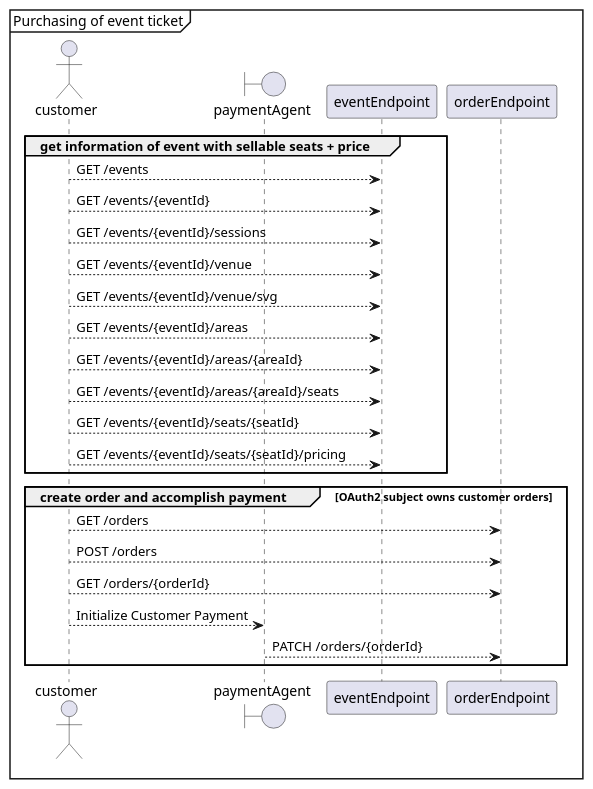
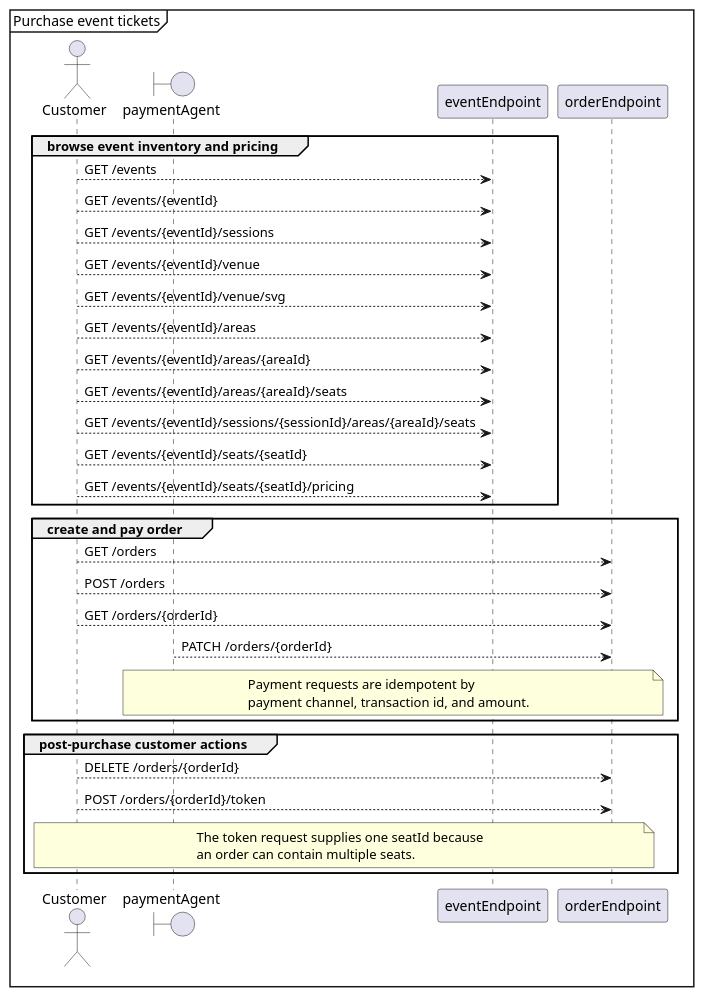
Before and after one commit to grantsunny/JTicket: the diagram in uml/order.plantuml, drawn with PlantUML. The commit also changed 18 other files, not shown here.

```diff
--- a/uml/order.plantuml
+++ b/uml/order.plantuml
@@ -1,31 +1,43 @@
 @startuml
-mainframe Purchasing of event ticket
+mainframe Purchase event tickets
 
-actor customer
+actor Customer
 boundary paymentAgent
 participant eventEndpoint
 participant orderEndpoint
 
-group get information of event with sellable seats + price
-customer --> eventEndpoint: GET /events
-customer --> eventEndpoint: GET /events/{eventId}
-customer --> eventEndpoint: GET /events/{eventId}/sessions
-customer --> eventEndpoint: GET /events/{eventId}/venue
-customer --> eventEndpoint: GET /events/{eventId}/venue/svg
-
-customer --> eventEndpoint: GET /events/{eventId}/areas
-customer --> eventEndpoint: GET /events/{eventId}/areas/{areaId}
-customer --> eventEndpoint: GET /events/{eventId}/areas/{areaId}/seats
-customer --> eventEndpoint: GET /events/{eventId}/seats/{seatId}
-customer --> eventEndpoint: GET /events/{eventId}/seats/{seatId}/pricing
+group browse event inventory and pricing
+Customer --> eventEndpoint: GET /events
+Customer --> eventEndpoint: GET /events/{eventId}
+Customer --> eventEndpoint: GET /events/{eventId}/sessions
+Customer --> eventEndpoint: GET /events/{eventId}/venue
+Customer --> eventEndpoint: GET /events/{eventId}/venue/svg
+Customer --> eventEndpoint: GET /events/{eventId}/areas
+Customer --> eventEndpoint: GET /events/{eventId}/areas/{areaId}
+Customer --> eventEndpoint: GET /events/{eventId}/areas/{areaId}/seats
+Customer --> eventEndpoint: GET /events/{eventId}/sessions/{sessionId}/areas/{areaId}/seats
+Customer --> eventEndpoint: GET /events/{eventId}/seats/{seatId}
+Customer --> eventEndpoint: GET /events/{eventId}/seats/{seatId}/pricing
 end
 
-group create order and accomplish payment [OAuth2 subject owns customer orders]
-customer --> orderEndpoint: GET /orders
-customer --> orderEndpoint: POST /orders
-customer --> orderEndpoint: GET /orders/{orderId}
-customer --> paymentAgent: Initialize Customer Payment
+group create and pay order
+Customer --> orderEndpoint: GET /orders
+Customer --> orderEndpoint: POST /orders
+Customer --> orderEndpoint: GET /orders/{orderId}
 paymentAgent --> orderEndpoint: PATCH /orders/{orderId}
+note over paymentAgent, orderEndpoint
+Payment requests are idempotent by
+payment channel, transaction id, and amount.
+end note
+end
+
+group post-purchase customer actions
+Customer --> orderEndpoint: DELETE /orders/{orderId}
+Customer --> orderEndpoint: POST /orders/{orderId}/token
+note over Customer, orderEndpoint
+The token request supplies one seatId because
+an order can contain multiple seats.
+end note
 end
 
 @enduml
```
